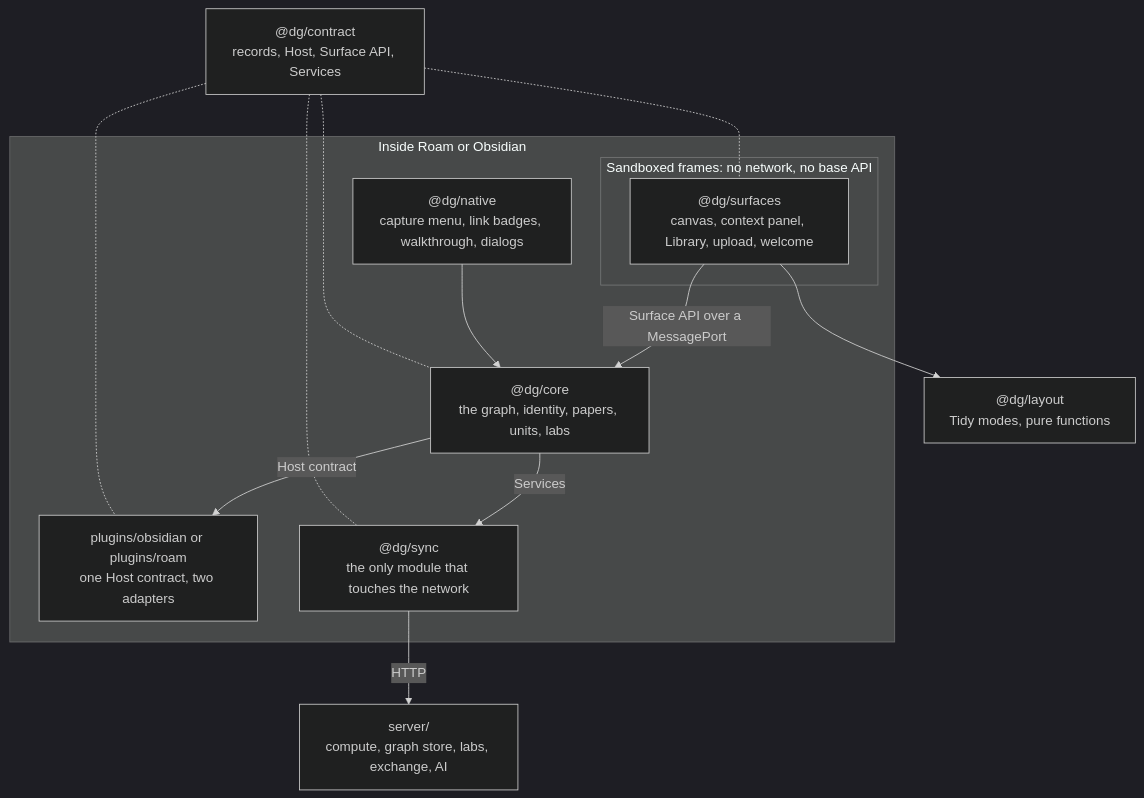
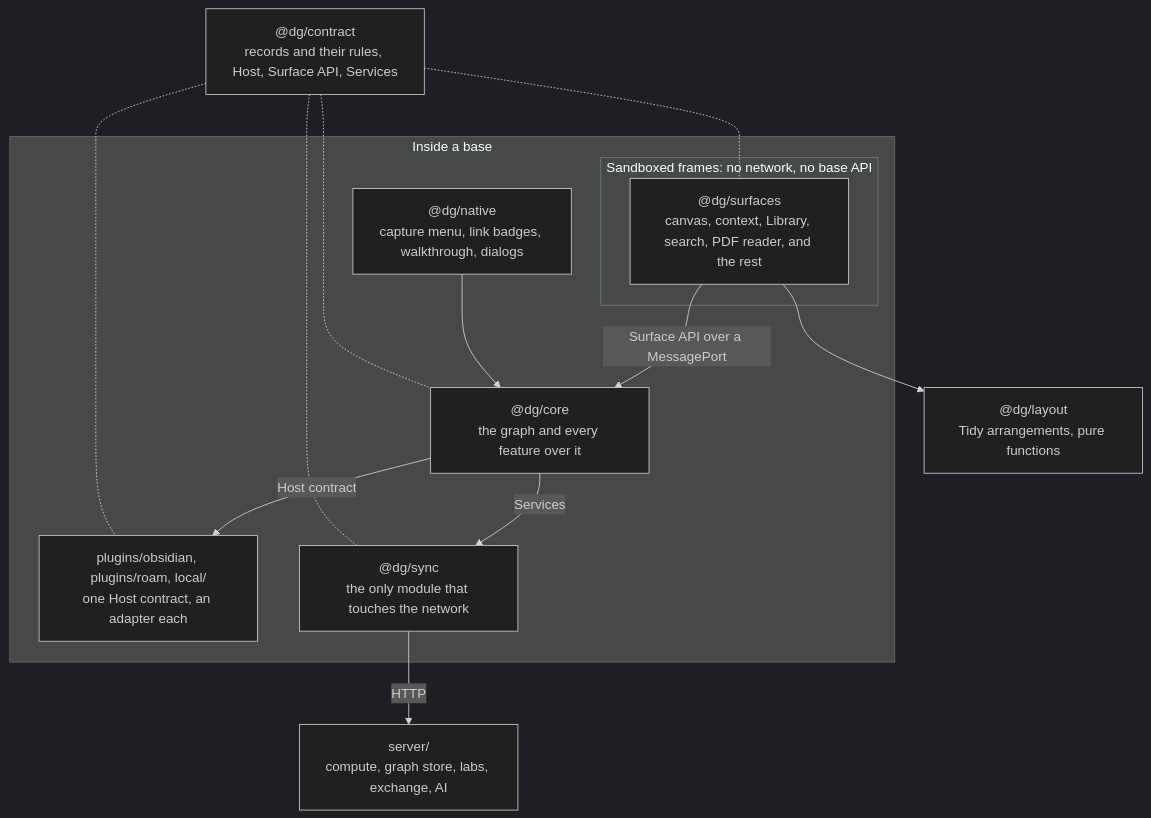
One commit to abstractary/discourse-graphs-plugins changed the diagram in docs/ARCHITECTURE.md. Above: the diagram before and after it, drawn with Mermaid (dark theme). The commit also changed other lines of this file and 67 other files, not shown here.

First line of the commit message:
Refactor the core and contract, agent groundwork, audit and feature map

````diff
--- a/docs/ARCHITECTURE.md
+++ b/docs/ARCHITECTURE.md
@@ -7,26 +16,26 @@
 ```mermaid
 flowchart TB
-  subgraph base["Inside Roam or Obsidian"]
+  subgraph base["Inside a base"]
     subgraph frames["Sandboxed frames: no network, no base API"]
-      surfaces["@dg/surfaces<br/>canvas, context panel, Library, upload, welcome"]
+      surfaces["@dg/surfaces<br/>canvas, context, Library, search, PDF reader, and the rest"]
     end
     native["@dg/native<br/>capture menu, link badges, walkthrough, dialogs"]
-    core["@dg/core<br/>the graph, identity, papers, units, labs"]
-    adapter["plugins/obsidian or plugins/roam<br/>one Host contract, two adapters"]
+    core["@dg/core<br/>the graph and every feature over it"]
+    adapter["plugins/obsidian, plugins/roam, local/<br/>one Host contract, an adapter each"]
     sync["@dg/sync<br/>the only module that touches the network"]
   end
-  layout["@dg/layout<br/>Tidy modes, pure functions"]
-  contract["@dg/contract<br/>records, Host, Surface API, Services"]
+  layout["@dg/layout<br/>Tidy arrangements, pure functions"]
+  contract["@dg/contract<br/>records and their rules, Host, Surface API, Services"]
   server["server/<br/>compute, graph store, labs, exchange, AI"]
 
   surfaces -- "Surface API over a MessagePort" --> core
   surfaces --> layout
   native --> core
   core -- "Host contract" --> adapter
   core -- "Services" --> sync
   sync -- "HTTP" --> server
   contract -.- core
   contract -.- surfaces
   contract -.- sync
   contract -.- adapter
 ```
````
